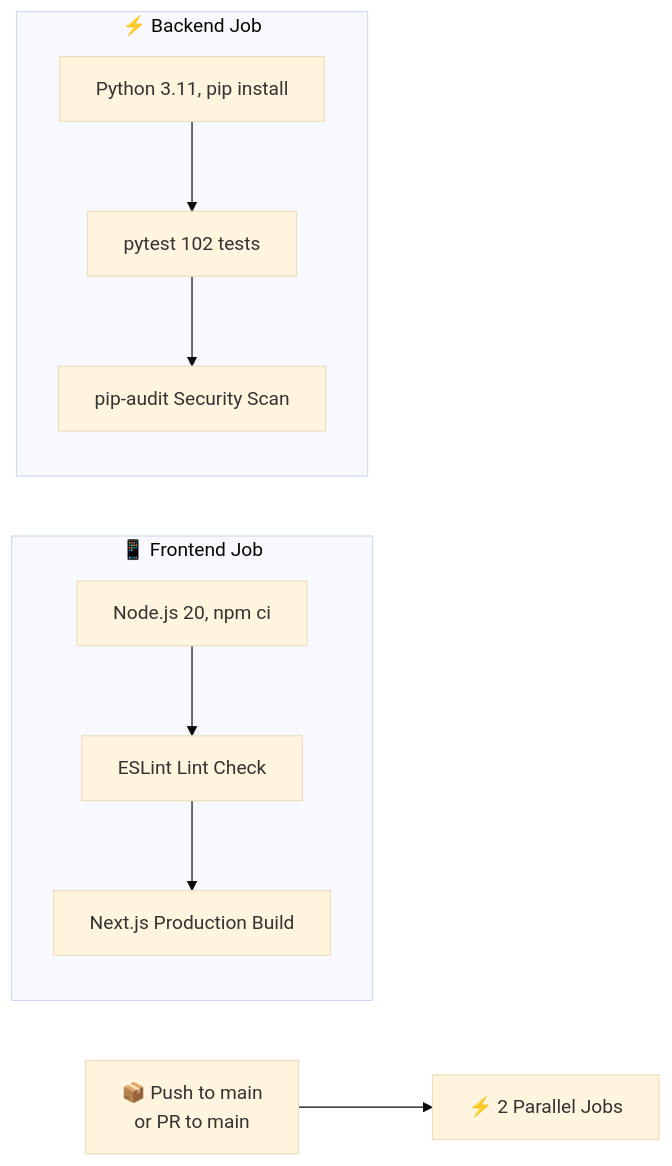
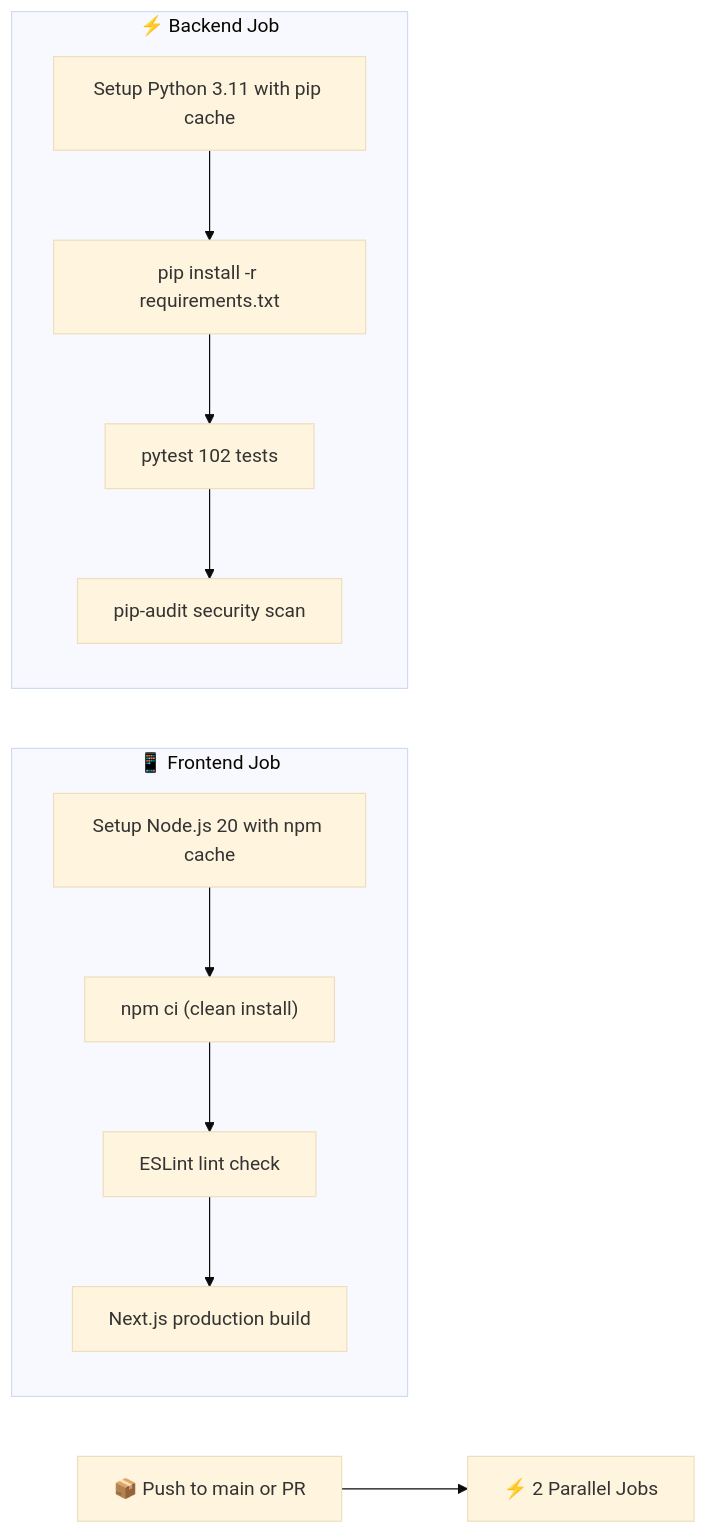
Before and after one commit to Anil-Pradhan-web/ai-career-mentor: the second of 3 diagrams in README.md, drawn with Mermaid (base theme). The commit also changed other lines of this file and 2 other files, not shown here.

````diff
--- a/README.md
+++ b/README.md
@@ -292,21 +217,19 @@
 ```mermaid
 flowchart LR
-    TRIGGER["📦 Push to main<br/>or PR to main"]
-    
+    TRIGGER["📦 Push to main or PR"]
     TRIGGER --> PARALLEL["⚡ 2 Parallel Jobs"]
     
     subgraph "📱 Frontend Job"
-        F1["Node.js 20, npm ci"]
-        F1 --> F2["ESLint Lint Check"]
-        F2 --> F3["Next.js Production Build"]
+        F1["Setup Node.js 20 with npm cache"]
+        F1 --> F2["npm ci (clean install)"]
+        F2 --> F3["ESLint lint check"]
+        F3 --> F4["Next.js production build"]
     end
     
     subgraph "⚡ Backend Job"
-        B1["Python 3.11, pip install"]
-        B1 --> B2["pytest 102 tests"]
-        B2 --> B3["pip-audit Security Scan"]
+        B1["Setup Python 3.11 with pip cache"]
+        B1 --> B2["pip install -r requirements.txt"]
+        B2 --> B3["pytest 102 tests"]
+        B3 --> B4["pip-audit security scan"]
     end
-
-    class F3 result
-    class B3 result
 ```
````
